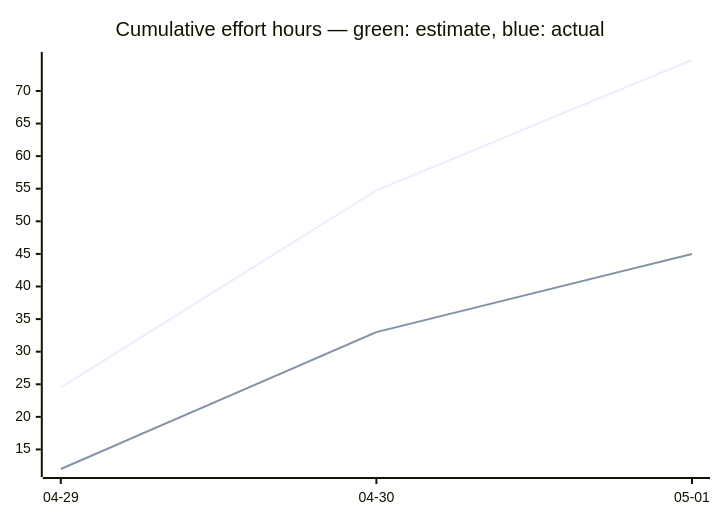
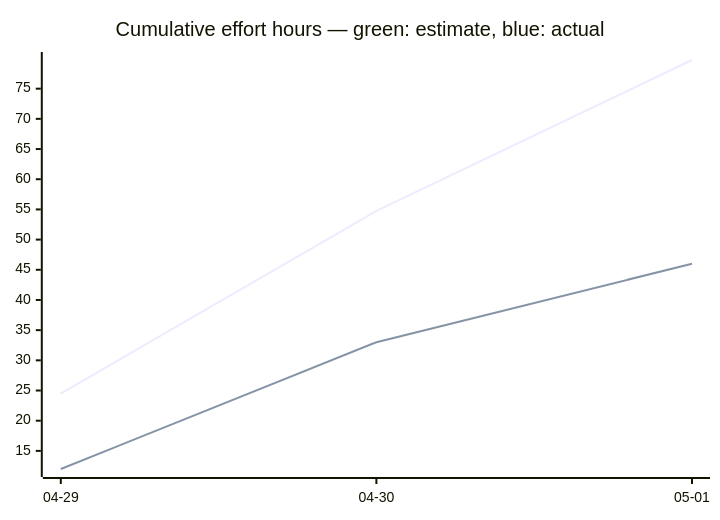
The third of 3 diagrams in docs/developers/tasks/OVERVIEW.md (tgd1975/AwesomeStudioPedal), drawn with Mermaid before and after one commit. The commit also changed other lines of this file and 56 other files, not shown here.

````diff
--- a/docs/developers/tasks/OVERVIEW.md
+++ b/docs/developers/tasks/OVERVIEW.md
@@ -40,7 +40,7 @@
 ```mermaid
 xychart-beta
     title "Cumulative effort hours — green: estimate, blue: actual"
     x-axis ["04-29", "04-30", "05-01"]
-    line [24.5, 54.75, 74.75]
-    line [12, 33, 45]
+    line [24.5, 54.75, 79.75]
+    line [12, 33, 46]
 ```
````
